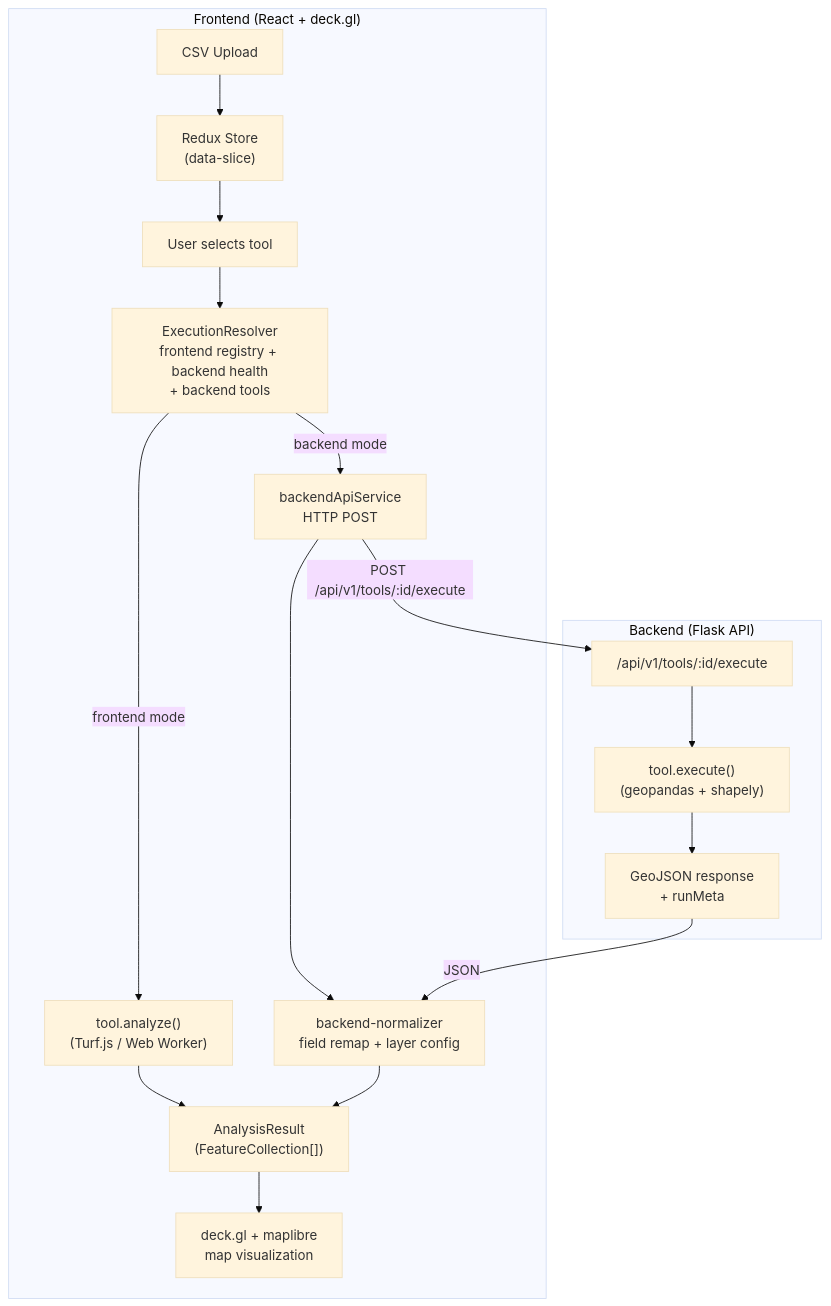
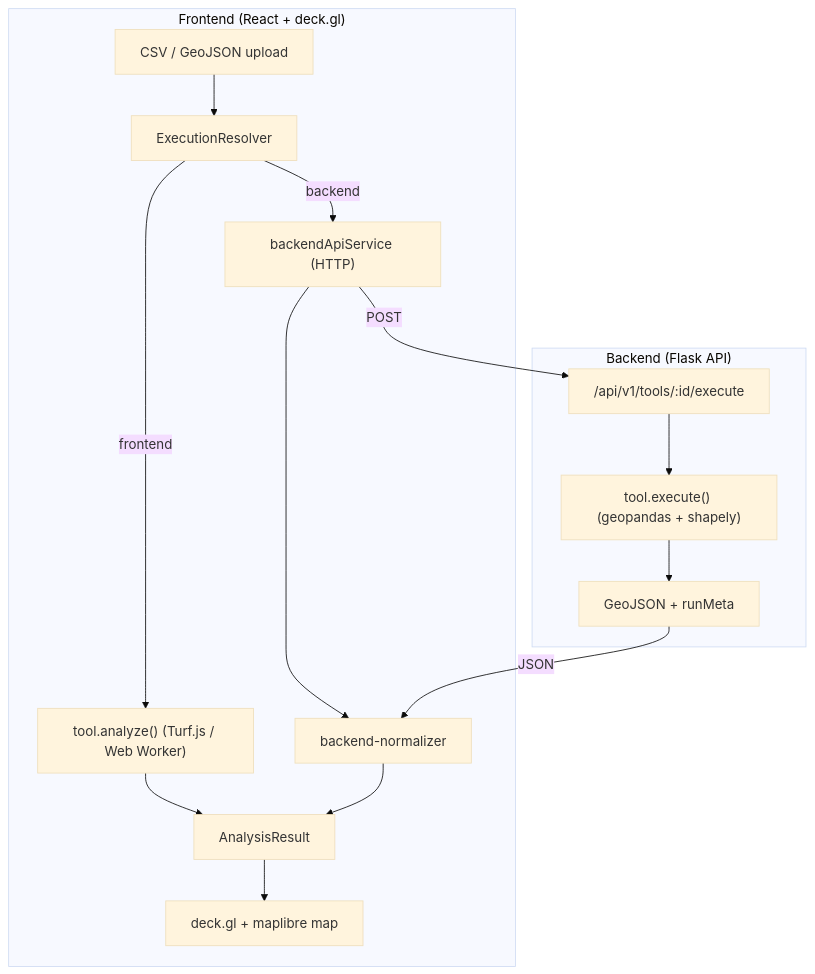
The diagram in README.md (WYZDevin/ChronoGeoLab), drawn with Mermaid (base theme) before and after one commit. The commit also changed other lines of this file, not shown here.

First line of the commit message:
docs: rework README as a user-facing getting-started guide

````diff
--- a/README.md
+++ b/README.md
@@ -11,24 +141,17 @@
 ```mermaid
 flowchart TD
     subgraph Frontend ["Frontend (React + deck.gl)"]
-        CSV["CSV Upload"] --> Redux["Redux Store\n(data-slice)"]
-        Redux --> ToolSelect["User selects tool"]
-        ToolSelect --> Resolver["ExecutionResolver\nfrontend registry + backend health\n+ backend tools"]
-
-        Resolver -->|frontend mode| FE["tool.analyze()\n(Turf.js / Web Worker)"]
-        Resolver -->|backend mode| API["backendApiService\nHTTP POST"]
-
-        FE --> Results["AnalysisResult\n(FeatureCollection[])"]
-        API --> Norm["backend-normalizer\nfield remap + layer config"]
-        Norm --> Results
-        Results --> DeckMap["deck.gl + maplibre\nmap visualization"]
+        CSV["CSV / GeoJSON upload"] --> Resolver["ExecutionResolver"]
+        Resolver -->|frontend| FE["tool.analyze() (Turf.js / Web Worker)"]
+        Resolver -->|backend| API["backendApiService (HTTP)"]
+        FE --> Results["AnalysisResult"]
+        API --> Norm["backend-normalizer"] --> Results
+        Results --> DeckMap["deck.gl + maplibre map"]
     end
-
     subgraph Backend ["Backend (Flask API)"]
-        Flask["/api/v1/tools/:id/execute"] --> Tool["tool.execute()\n(geopandas + shapely)"]
-        Tool --> GeoJSON["GeoJSON response\n+ runMeta"]
+        Flask["/api/v1/tools/:id/execute"] --> Tool["tool.execute() (geopandas + shapely)"]
+        Tool --> GeoJSON["GeoJSON + runMeta"]
     end
-
-    API -->|"POST /api/v1/tools/:id/execute"| Flask
+    API -->|POST| Flask
     GeoJSON -->|JSON| Norm
 ```
````
